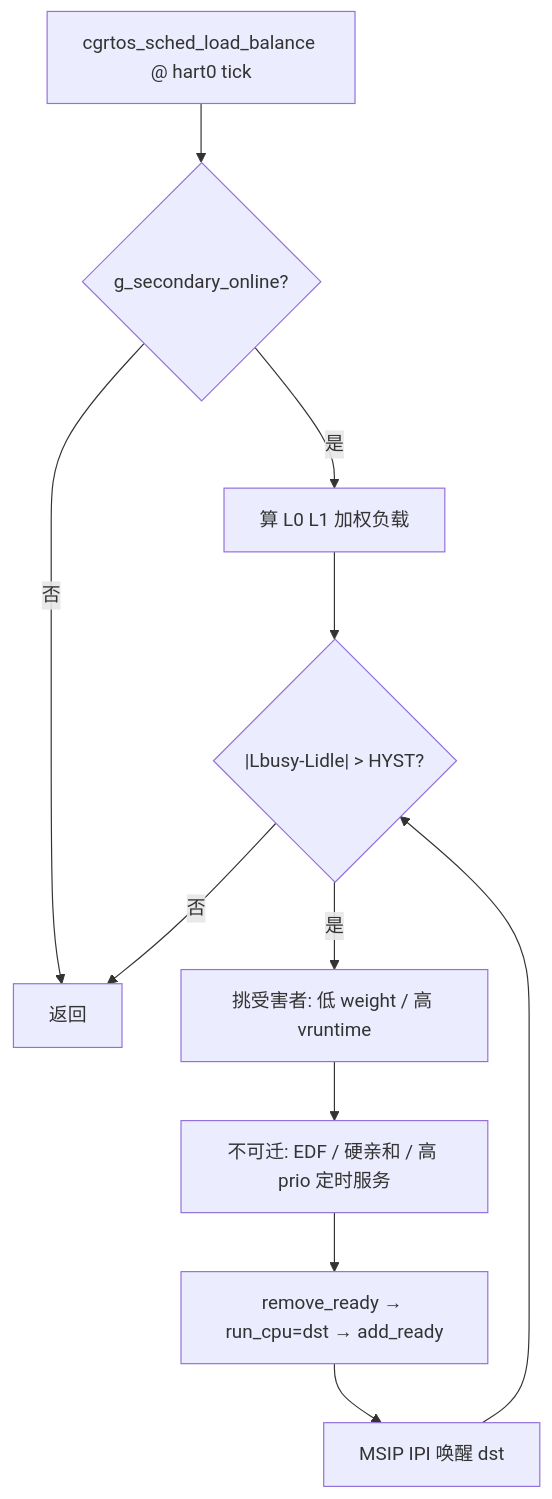
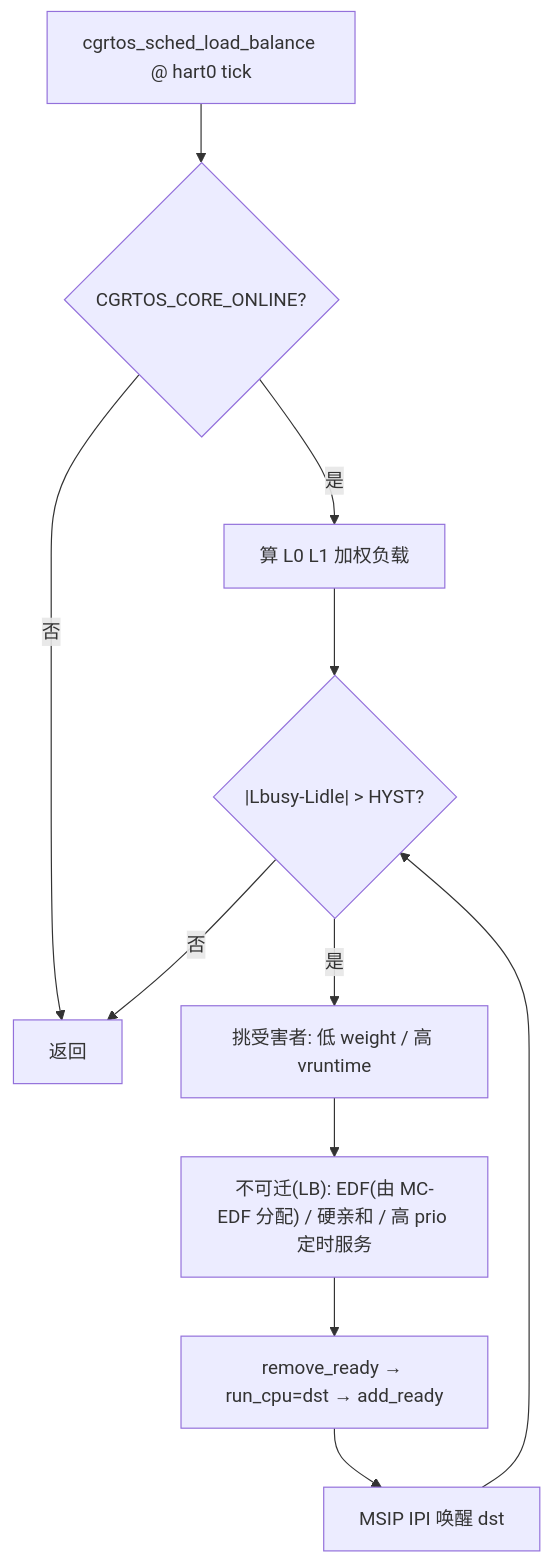
Before and after one commit to Juilletioi/cgrtos: the sixth of 9 diagrams in docs/ARCHITECTURE.md, drawn with Mermaid. The commit also changed other lines of this file and 27 other files, not shown here.

````diff
--- a/docs/ARCHITECTURE.md
+++ b/docs/ARCHITECTURE.md
@@ -154,14 +186,14 @@
 ```mermaid
 flowchart TD
   A["cgrtos_sched_load_balance @ hart0 tick"]
-  A --> B{"g_secondary_online?"}
+  A --> B{"CGRTOS_CORE_ONLINE?"}
   B -->|否| Z[返回]
   B -->|是| C["算 L0 L1 加权负载"]
   C --> D{"|Lbusy-Lidle| > HYST?"}
   D -->|否| Z
   D -->|是| E["挑受害者: 低 weight / 高 vruntime"]
-  E --> F["不可迁: EDF / 硬亲和 / 高 prio 定时服务"]
+  E --> F["不可迁(LB): EDF(由 MC-EDF 分配) / 硬亲和 / 高 prio 定时服务"]
   F --> G["remove_ready → run_cpu=dst → add_ready"]
   G --> H["MSIP IPI 唤醒 dst"]
   H --> D
 ```
````
